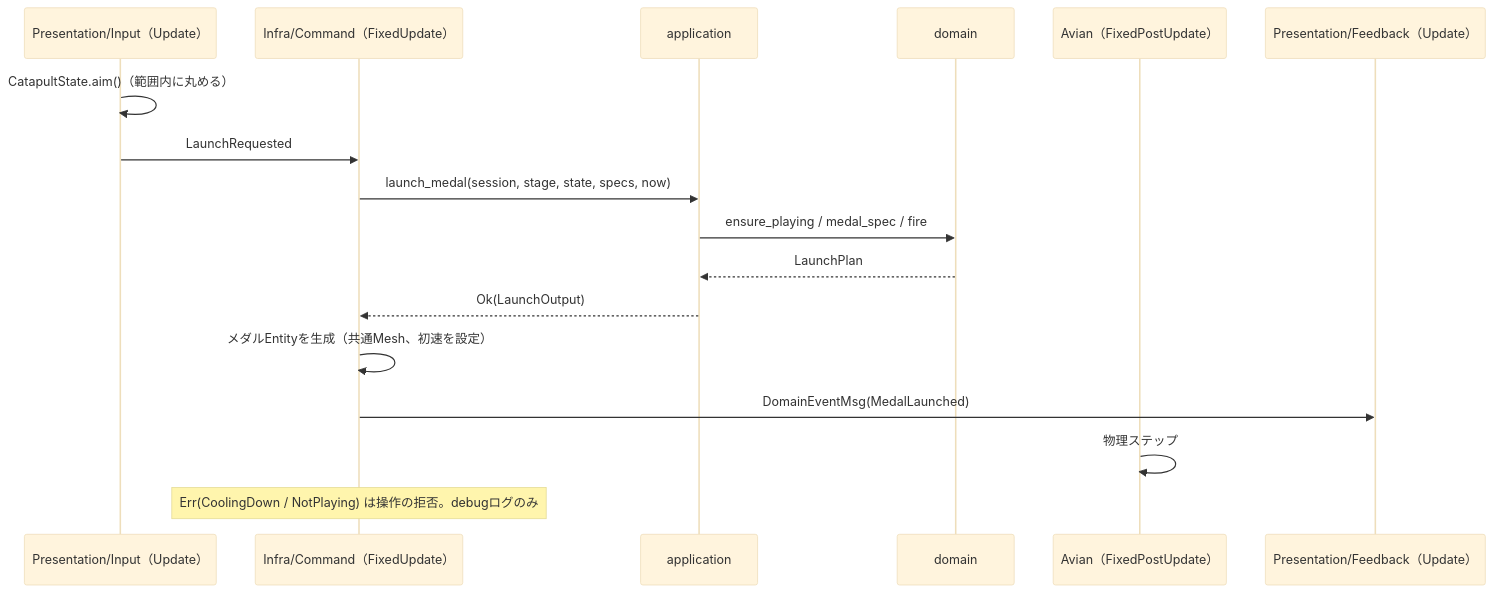
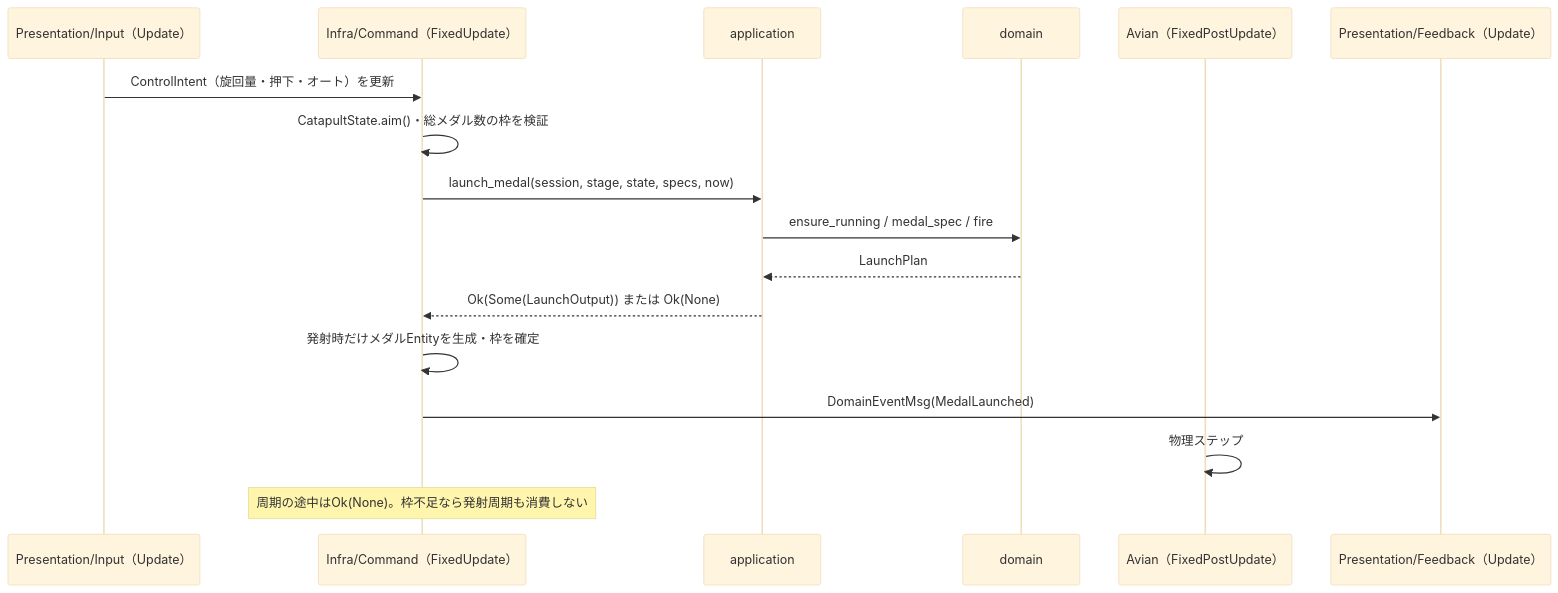
The seventh of 8 diagrams in docs/basic-design.md (ukihot/nudra), drawn with Mermaid (base theme) before and after one commit. The commit also changed other lines of this file and 34 other files, not shown here.

````diff
--- a/docs/basic-design.md
+++ b/docs/basic-design.md
@@ -1284,19 +1642,19 @@
 ```mermaid
 sequenceDiagram
     participant In as Presentation/Input（Update）
     participant Cmd as Infra/Command（FixedUpdate）
     participant App as application
     participant Dom as domain
     participant Av as Avian（FixedPostUpdate）
     participant Fb as Presentation/Feedback（Update）
-    In->>In: CatapultState.aim()（範囲内に丸める）
-    In->>Cmd: LaunchRequested
+    In->>Cmd: ControlIntent（旋回量・押下・オート）を更新
+    Cmd->>Cmd: CatapultState.aim()・総メダル数の枠を検証
     Cmd->>App: launch_medal(session, stage, state, specs, now)
-    App->>Dom: ensure_playing / medal_spec / fire
+    App->>Dom: ensure_running / medal_spec / fire
     Dom-->>App: LaunchPlan
-    App-->>Cmd: Ok(LaunchOutput)
-    Cmd->>Cmd: メダルEntityを生成（共通Mesh、初速を設定）
+    App-->>Cmd: Ok(Some(LaunchOutput)) または Ok(None)
+    Cmd->>Cmd: 発射時だけメダルEntityを生成・枠を確定
     Cmd->>Fb: DomainEventMsg(MedalLaunched)
     Av->>Av: 物理ステップ
-    Note over Cmd: Err(CoolingDown / NotPlaying) は操作の拒否。debugログのみ
+    Note over Cmd: 周期の途中はOk(None)。枠不足なら発射周期も消費しない
 ```
````
